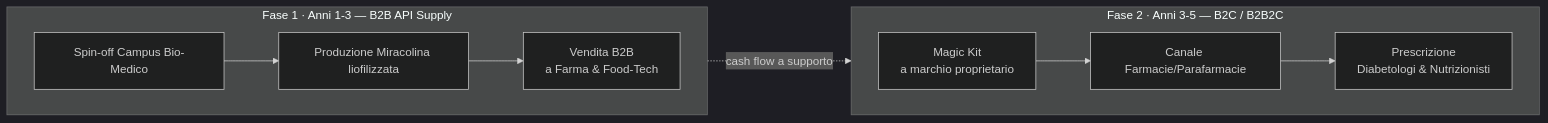
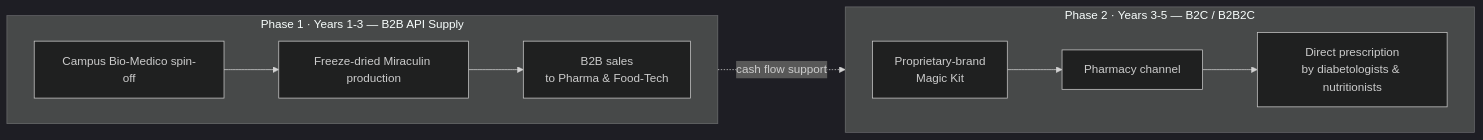
One commit to simofildi/sweeft changed the fourth of 5 diagrams in README.md. Above: the diagram before and after it, drawn with Mermaid (dark theme). The commit also changed other lines of this file and 2 other files, not shown here.

````diff
--- a/README.md
+++ b/README.md
@@ -171,12 +171,12 @@
 ```mermaid
 flowchart LR
-    subgraph F1["Fase 1 · Anni 1-3 — B2B API Supply"]
+    subgraph F1["Phase 1 · Years 1-3 — B2B API Supply"]
         direction LR
-        P1["Spin-off Campus Bio-Medico"] --> P2["Produzione Miracolina liofilizzata"] --> P3["Vendita B2B\na Farma & Food-Tech"]
+        P1["Campus Bio-Medico spin-off"] --> P2["Freeze-dried Miraculin production"] --> P3["B2B sales\nto Pharma & Food-Tech"]
     end
-    subgraph F2["Fase 2 · Anni 3-5 — B2C / B2B2C"]
+    subgraph F2["Phase 2 · Years 3-5 — B2C / B2B2C"]
         direction LR
-        Q1["Magic Kit\na marchio proprietario"] --> Q2["Canale Farmacie/Parafarmacie"] --> Q3["Prescrizione\nDiabetologi & Nutrizionisti"]
+        Q1["Proprietary-brand\nMagic Kit"] --> Q2["Pharmacy channel"] --> Q3["Direct prescription\nby diabetologists & nutritionists"]
     end
-    P3 -. "cash flow a supporto" .-> Q1
+    P3 -. "cash flow support" .-> Q1
 ```
````
